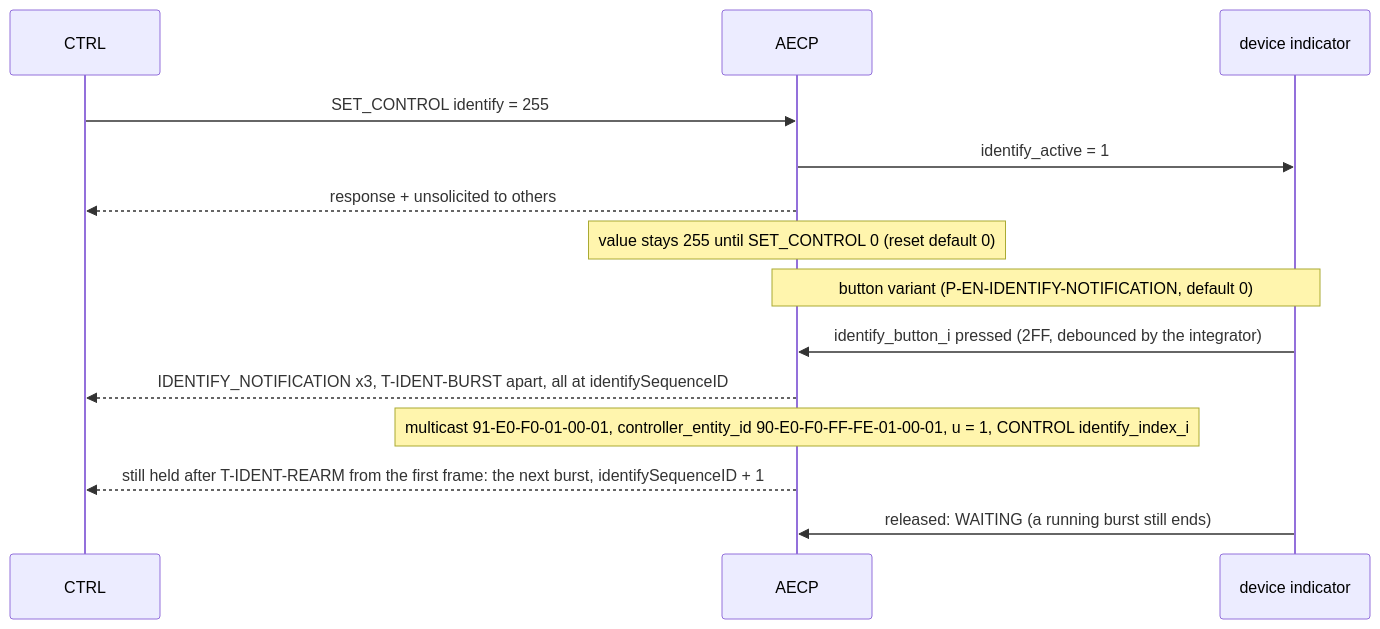
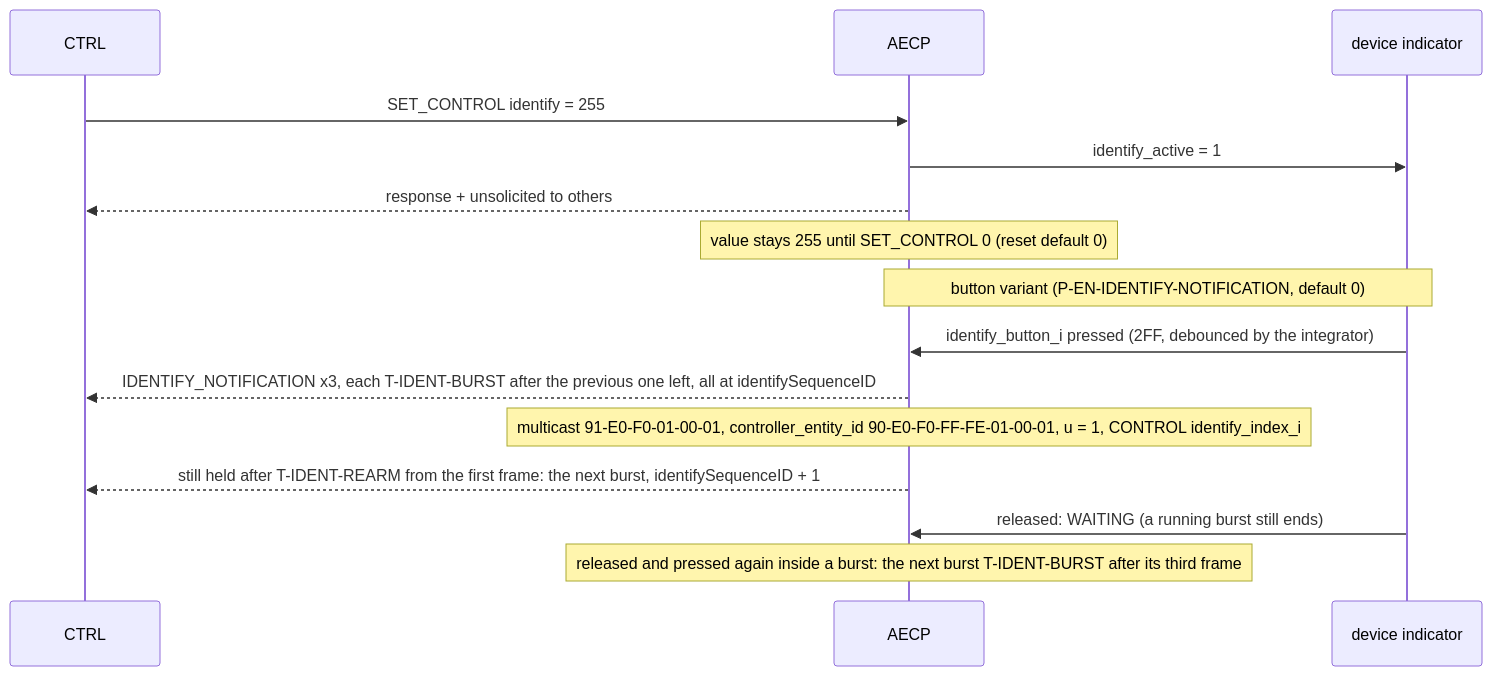
One commit to Mister-M-alt/protocol-processor-control-plane-avb-milan changed the eighth of 8 diagrams in docs/architecture/06_aecp_engine.md. Above: the diagram before and after it, drawn with Mermaid. The commit also changed other lines of this file and 4 other files, not shown here.

Commit message:
Mark the identify synchroniser ASYNC_REG with the integrator's constraint, state the release-and-press reading and the SINFO tix_w flag, and record the retained controls and the one-tick limiter decision (R420-1 S1-S4, R421-1 S1-S3)

````diff
--- a/docs/architecture/06_aecp_engine.md
+++ b/docs/architecture/06_aecp_engine.md
@@ -899,16 +902,17 @@
 ```mermaid
 sequenceDiagram
     participant CTRL
     participant AECP
     participant DEV as device indicator
     CTRL->>AECP: SET_CONTROL identify = 255
     AECP->>DEV: identify_active = 1
     AECP-->>CTRL: response + unsolicited to others
     Note over AECP: value stays 255 until SET_CONTROL 0 (reset default 0)
     Note over AECP,DEV: button variant (P-EN-IDENTIFY-NOTIFICATION, default 0)
     DEV->>AECP: identify_button_i pressed (2FF, debounced by the integrator)
-    AECP-->>CTRL: IDENTIFY_NOTIFICATION x3, T-IDENT-BURST apart, all at identifySequenceID
+    AECP-->>CTRL: IDENTIFY_NOTIFICATION x3, each T-IDENT-BURST after the previous one left, all at identifySequenceID
     Note over AECP: multicast 91-E0-F0-01-00-01, controller_entity_id 90-E0-F0-FF-FE-01-00-01, u = 1, CONTROL identify_index_i
     AECP-->>CTRL: still held after T-IDENT-REARM from the first frame: the next burst, identifySequenceID + 1
     DEV->>AECP: released: WAITING (a running burst still ends)
+    Note over AECP: released and pressed again inside a burst: the next burst T-IDENT-BURST after its third frame
 ```
````
